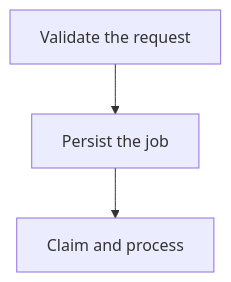
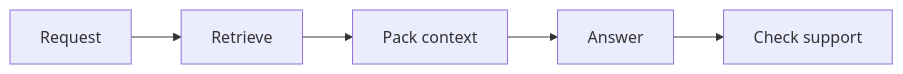
Before and after one commit to bradypp/project-teach: the first of 7 diagrams in .agents/skills/learning/teach/references/mermaid.md, drawn with Mermaid. The commit also changed other lines of this file and 18 other files, not shown here.

````diff
--- a/.agents/skills/learning/teach/references/mermaid.md
+++ b/.agents/skills/learning/teach/references/mermaid.md
@@ -15,5 +15,5 @@
 ```mermaid
-flowchart TD
-  Request["`Validate the request`"] --> Queue["`Persist the job`"]
-  Queue --> Worker["`Claim and process`"]
+flowchart LR
+  Request["`Request`"] --> Retrieve["`Retrieve`"] --> Pack["`Pack context`"]
+  Pack --> Answer["`Answer`"] --> Check["`Check support`"]
 ```
````
